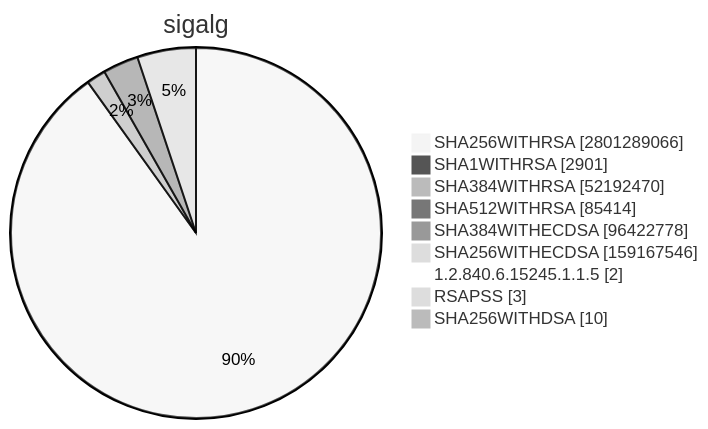
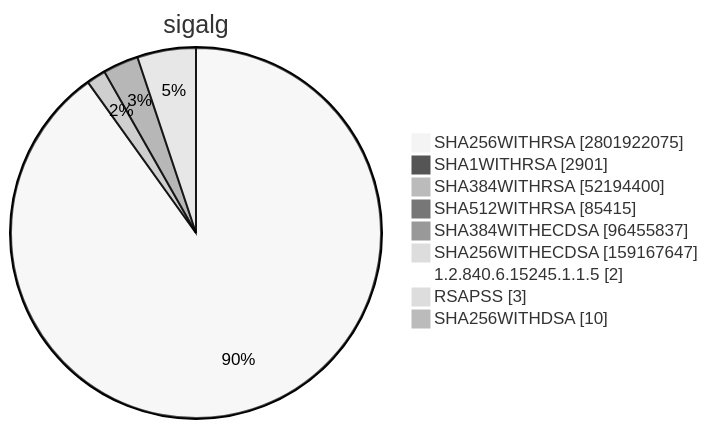
Before and after one commit to christiankrug/ctmonitor_visualization: diagram 15 of 15 in TOTAL/README.md, drawn with Mermaid (neutral theme). The commit also changed other lines of this file, not shown here.

````diff
--- a/TOTAL/README.md
+++ b/TOTAL/README.md
@@ -6205,13 +6205,13 @@
 ```mermaid
 pie showData
 title sigalg
-"SHA256WITHRSA" :2801289066
+"SHA256WITHRSA" :2801922075
 "SHA1WITHRSA" :2901
-"SHA384WITHRSA" :52192470
-"SHA512WITHRSA" :85414
-"SHA384WITHECDSA" :96422778
-"SHA256WITHECDSA" :159167546
+"SHA384WITHRSA" :52194400
+"SHA512WITHRSA" :85415
+"SHA384WITHECDSA" :96455837
+"SHA256WITHECDSA" :159167647
 "1.2.840.6.15245.1.1.5" :2
 "RSAPSS" :3
 "SHA256WITHDSA" :10
 ```
````
